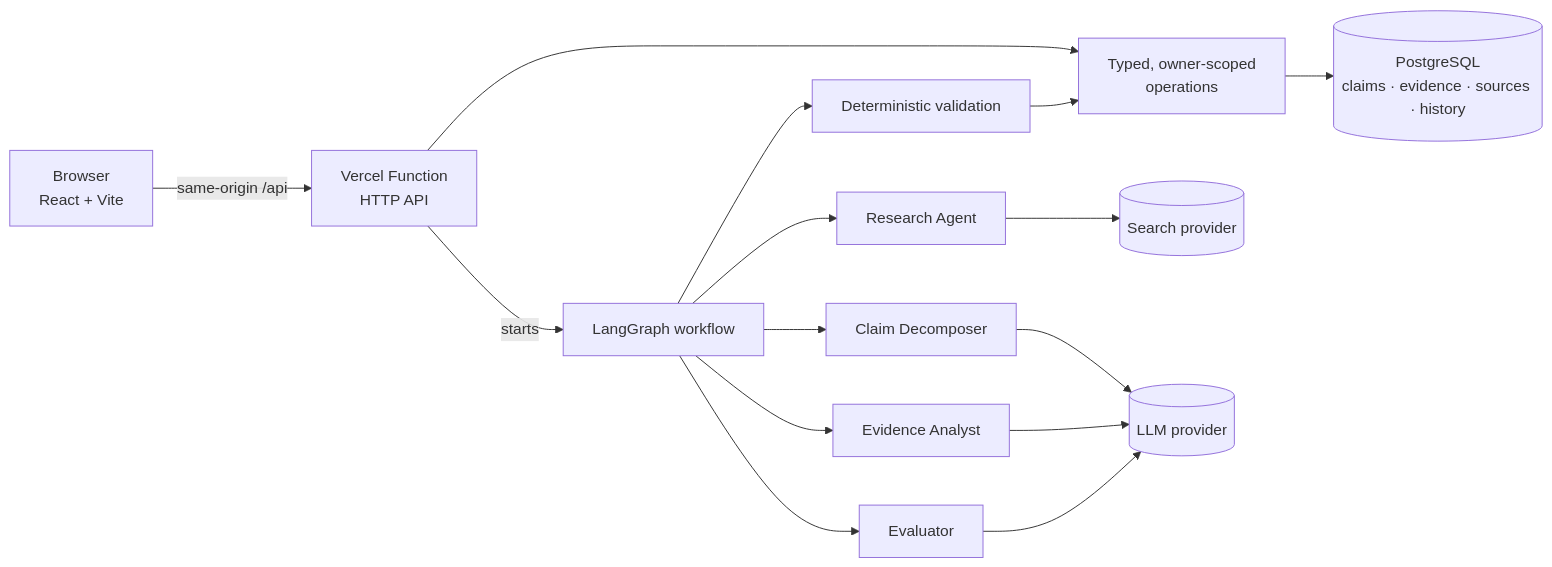
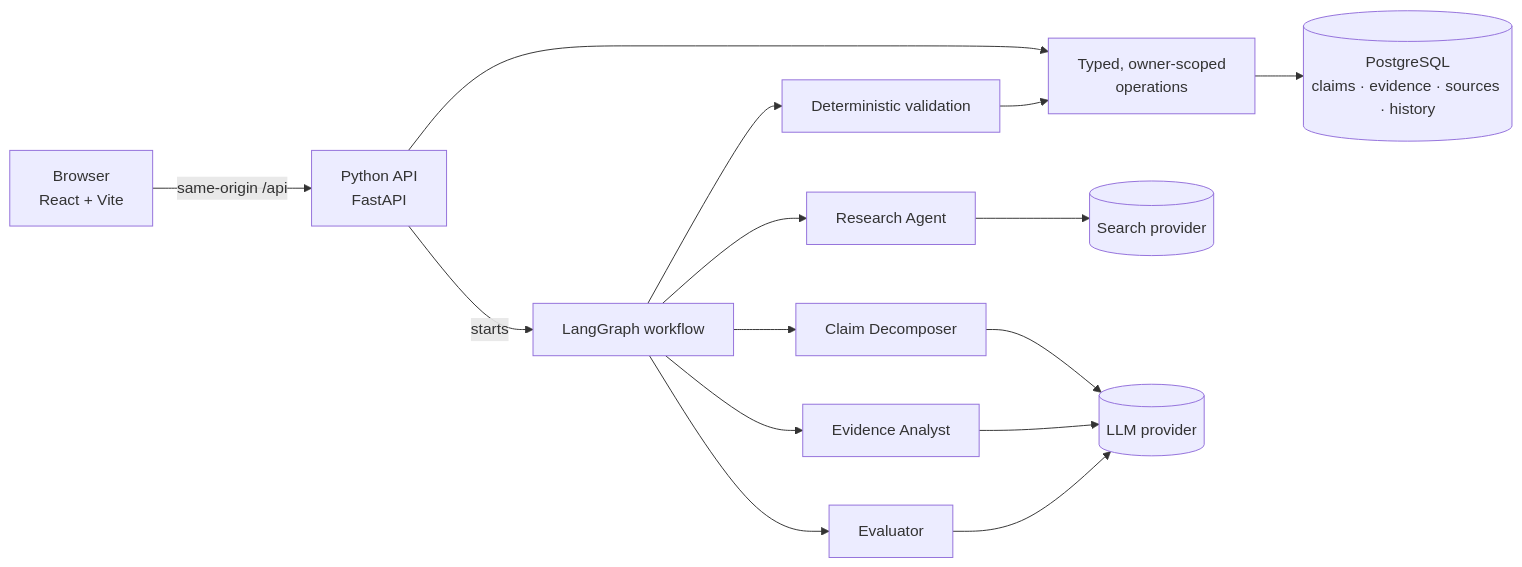
The diagram in README.md (Sathvik2005/evidenceos), drawn with Mermaid before and after one commit. The commit also changed other lines of this file and 23 other files, not shown here.

First line of the commit message:
feat: Python deployment entry (Vercel), lazy DB pool, docs and ADR-011 for the Python backend

````diff
--- a/README.md
+++ b/README.md
@@ -48,15 +49,15 @@
 ```mermaid
 flowchart LR
-  B[Browser<br/>React + Vite] -->|same-origin /api| F[Vercel Function<br/>HTTP API]
+  B[Browser<br/>React + Vite] -->|same-origin /api| F[Python API<br/>FastAPI]
   F --> O[Typed, owner-scoped<br/>operations]
   F -->|starts| W[LangGraph workflow]
   W --> A1[Claim Decomposer]
   W --> A2[Research Agent]
   W --> V[Deterministic validation]
   W --> A3[Evidence Analyst]
   W --> A4[Evaluator]
   A2 --> S[(Search provider)]
   A1 & A3 & A4 --> L[(LLM provider)]
   V --> O
   O --> P[(PostgreSQL<br/>claims · evidence · sources · history)]
 ```
````
